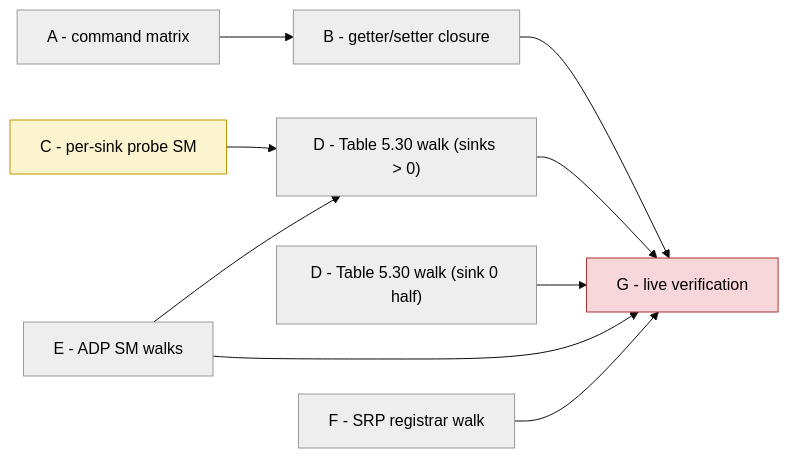
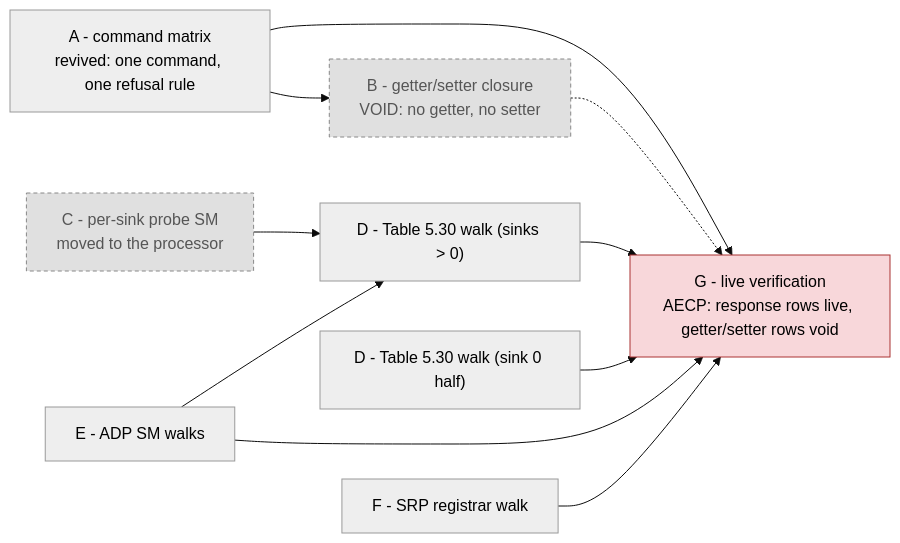
One commit to kebag-logic/milan-fpga changed the diagram in docs/testing/PROTOCOL_SWEEP_PLAN.md. Above: the diagram before and after it, drawn with Mermaid (base theme). The commit also changed other lines of this file and 362 other files, not shown here.

Commit message:
The legacy 1722.1/SRP control plane is deleted: the protocol processor is the only one

````diff
--- a/docs/testing/PROTOCOL_SWEEP_PLAN.md
+++ b/docs/testing/PROTOCOL_SWEEP_PLAN.md
@@ -167,16 +290,18 @@
 ```mermaid
 flowchart LR
-    A["A - command matrix"]:::desk --> B["B - getter/setter closure"]:::desk
-    C["C - per-sink probe SM"]:::rtl --> D["D - Table 5.30 walk (sinks > 0)"]:::desk
+    A["A - command matrix<br/>revived: one command, one refusal rule"]:::desk --> B["B - getter/setter closure<br/>VOID: no getter, no setter"]:::void
+    C["C - per-sink probe SM<br/>moved to the processor"]:::void --> D["D - Table 5.30 walk (sinks > 0)"]:::desk
     E["E - ADP SM walks"]:::desk --> D
     D0["D - Table 5.30 walk (sink 0 half)"]:::desk
     F["F - SRP registrar walk"]:::desk
-    B --> G["G - live verification"]:::bench
+    A --> G["G - live verification<br/>AECP: response rows live, getter/setter rows void"]:::bench
+    B -.-> G
     D --> G
     D0 --> G
     E --> G
     F --> G
     classDef desk fill:#eeeeee,stroke:#999,color:#000
     classDef rtl fill:#fcf3cf,stroke:#b90,color:#000
     classDef bench fill:#f8d7da,stroke:#a33,color:#000
+    classDef void fill:#e0e0e0,stroke:#888,color:#555,stroke-dasharray: 4 3
 ```
````
